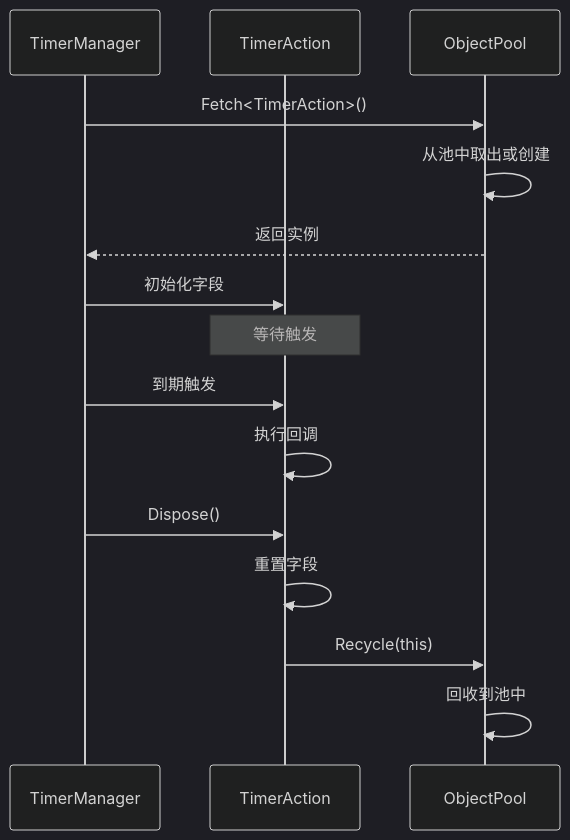
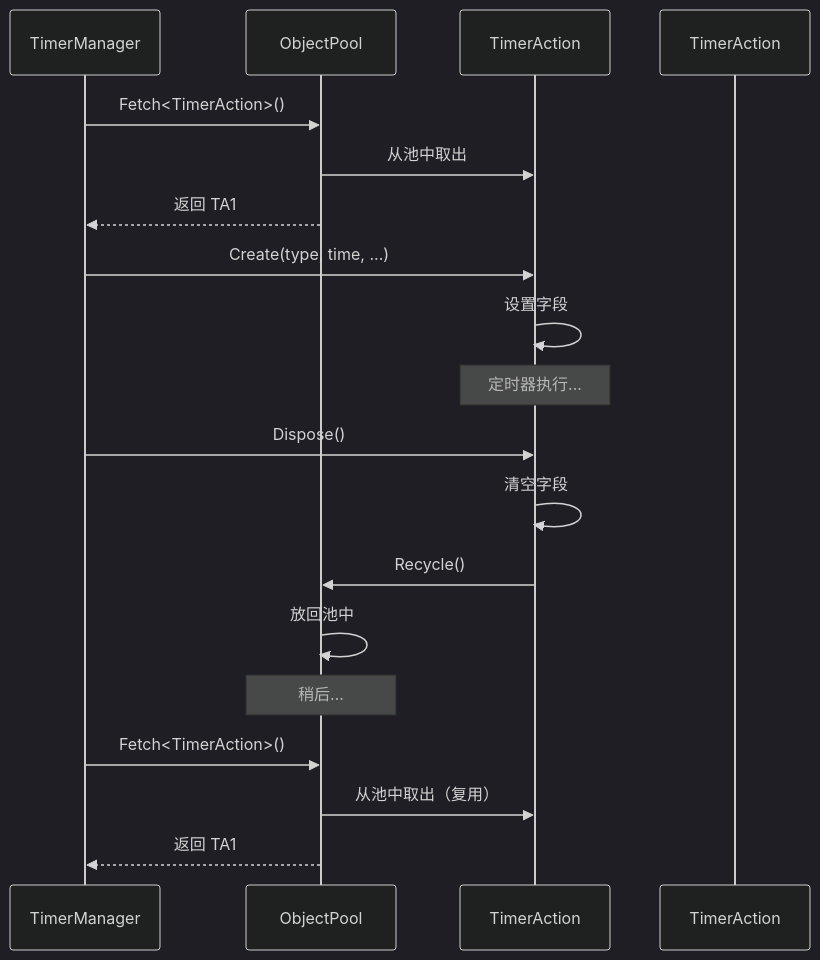
One commit to acsta/Container changed the diagram in Assets/Scripts/Mono/Module/Timer/TimerAction.cs.md. Above: the diagram before and after it, drawn with Mermaid (dark theme). The commit also changed other lines of this file and 10 other files, not shown here.

````diff
--- a/Assets/Scripts/Mono/Module/Timer/TimerAction.cs.md
+++ b/Assets/Scripts/Mono/Module/Timer/TimerAction.cs.md
@@ -168,21 +139,27 @@
 ```mermaid
 sequenceDiagram
     participant TM as TimerManager
-    participant TA as TimerAction
     participant OP as ObjectPool
+    participant TA1 as TimerAction#1
+    participant TA2 as TimerAction#2
+
+    TM->>OP: Fetch<TimerAction>()
+    OP->>TA1: 从池中取出
+    OP-->>TM: 返回 TA1
+    
+    TM->>TA1: Create(type, time, ...)
+    TA1->>TA1: 设置字段
+    
+    Note over TA1: 定时器执行...
+    
+    TM->>TA1: Dispose()
+    TA1->>TA1: 清空字段
+    TA1->>OP: Recycle()
+    OP->>OP: 放回池中
+    
+    Note over OP: 稍后...
     
     TM->>OP: Fetch<TimerAction>()
-    OP->>OP: 从池中取出或创建
-    OP-->>TM: 返回实例
-    
-    TM->>TA: 初始化字段
-    Note over TA: 等待触发
-    
-    TM->>TA: 到期触发
-    TA->>TA: 执行回调
-    
-    TM->>TA: Dispose()
-    TA->>TA: 重置字段
-    TA->>OP: Recycle(this)
-    OP->>OP: 回收到池中
+    OP->>TA1: 从池中取出（复用）
+    OP-->>TM: 返回 TA1
 ```
````
